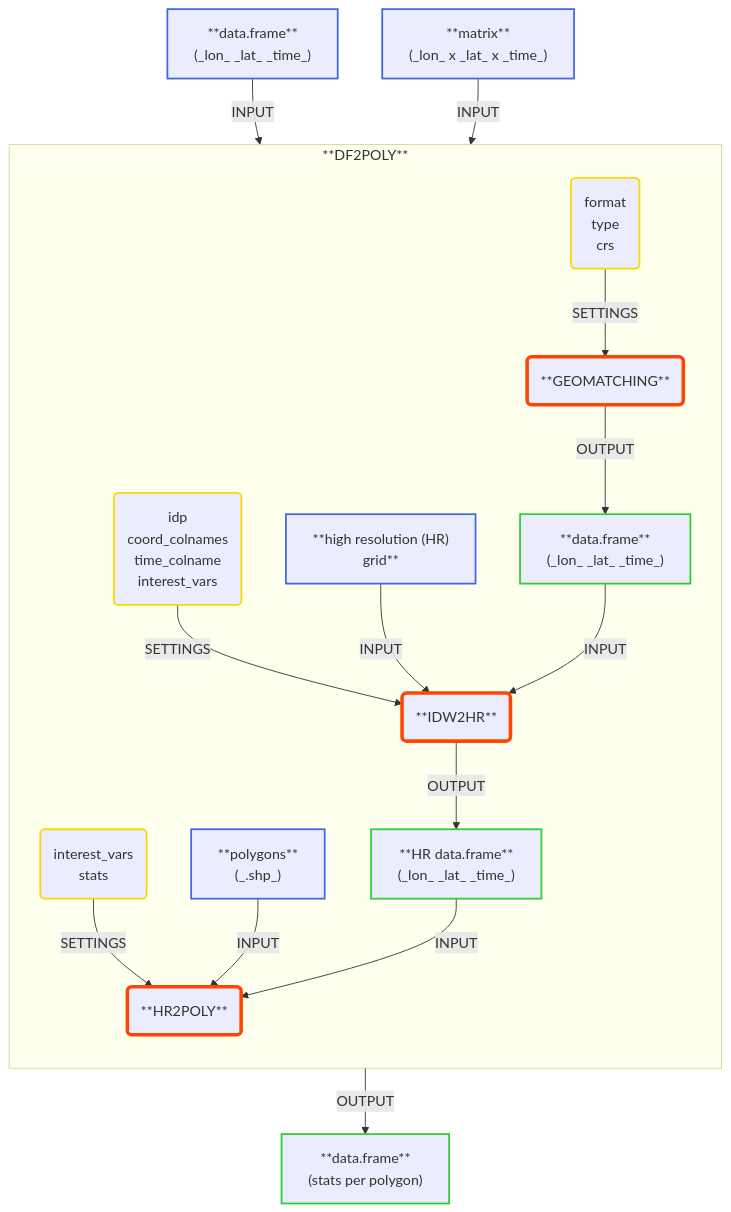
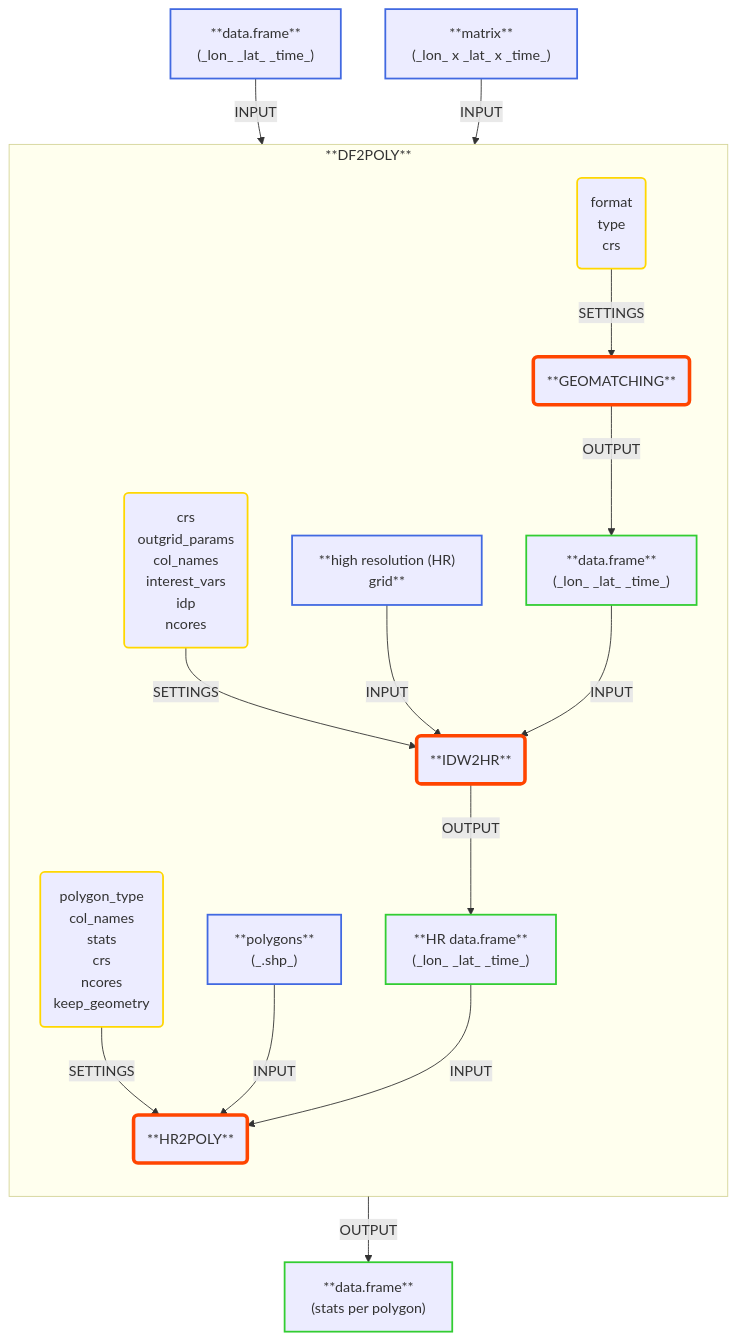
One commit to GRINS-Spoke0-WP2/geotools changed the diagram in README.md. Above: the diagram before and after it, drawn with Mermaid.

Commit message:
Update README.md to enhance parameter descriptions for settings in flowchart

````diff
--- a/README.md
+++ b/README.md
@@ -32,71 +32,76 @@
 ```mermaid
 flowchart TB
 
     %% input nodes
     input1a["**data.frame**
         (_lon_ _lat_ _time_)"]:::input
     input1b["**matrix**
         (_lon_ x _lat_ x _time_)"]:::input
     
     %% output node
     output3["**data.frame**
         (stats per polygon)"]:::output
 
     subgraph main_flow [**DF2POLY**]
         direction TB
         style main_flow opacity:.5
 
         %% input nodes
         input2b["**high resolution (HR)
             grid**"]:::input
         input3b["**polygons**
             (_.shp_)"]:::input
 
         %% function nodes
         function1("**GEOMATCHING**"):::function
         function2("**IDW2HR**"):::function
         function3("**HR2POLY**"):::function
 
         %% settings nodes
         settings1("format
             type
             crs"):::settings
-        settings2("idp
-            coord_colnames
-            time_colname
+        settings2("crs
+            outgrid_params
+            col_names
             interest_vars
+            idp
+            ncores
             "):::settings
-        settings3("
-            interest_vars
+        settings3("polygon_type
+            col_names
             stats
+            crs
+            ncores
+            keep_geometry
             "):::settings
 
         %% output nodes
         output1["**data.frame**
             (_lon_ _lat_ _time_)"]:::output
         output2["**HR data.frame**
             (_lon_ _lat_ _time_)"]:::output
 
         %% relations
         settings1 --> |"SETTINGS"| function1
         settings2 --> |"SETTINGS"| function2
         input2b -->|"INPUT"| function2
         output1 -->|"INPUT"| function2
         function2 -->|"OUTPUT"| output2
         settings3 --> |"SETTINGS"| function3
         input3b -->|"INPUT"| function3
         output2 -->|"INPUT"| function3
     end
 
     %% relations
     input1a -->|"INPUT"| function1
     input1b -->|"INPUT"| function1
     function1 -->|"OUTPUT"| output1
     function3 -->|"OUTPUT"| output3
 
     %% styles
     classDef input stroke:royalblue,stroke-width:2px;
     classDef function stroke:orangered,stroke-width:4px;
     classDef settings stroke:gold,stroke-width:2px;
     classDef output stroke:limegreen,stroke-width:2px;
 ```
````
